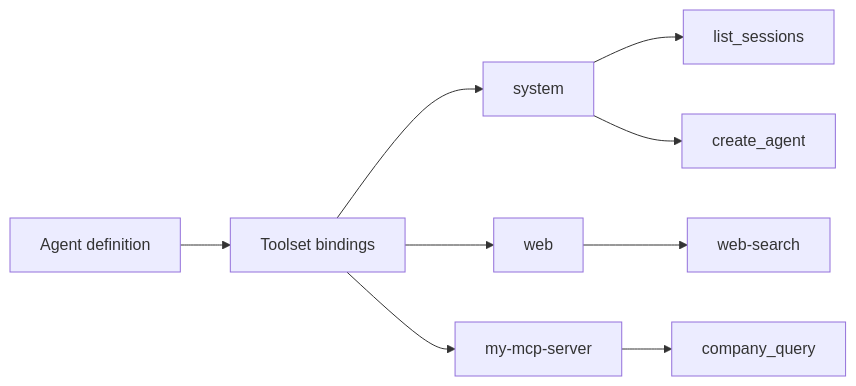
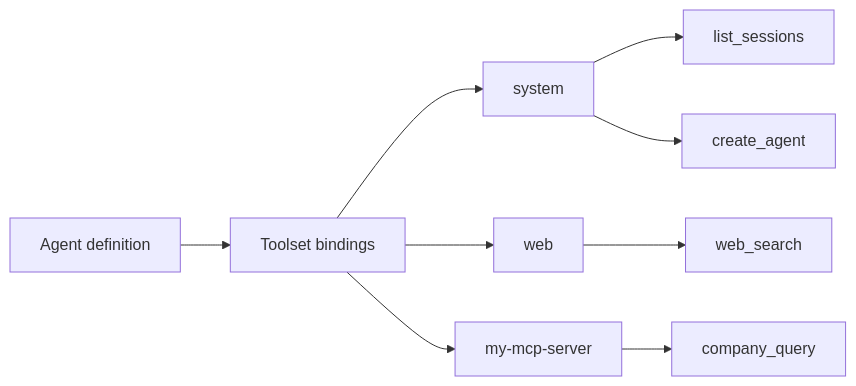
Before and after one commit to primerhq/primer: the diagram in primer/user_docs/features/toolsets-system.md, drawn with Mermaid. The commit also changed other lines of this file and 29 other files, not shown here.

````diff
--- a/primer/user_docs/features/toolsets-system.md
+++ b/primer/user_docs/features/toolsets-system.md
@@ -23,12 +23,12 @@
 ```mermaid
 flowchart LR
     Agent[Agent definition]
     Agent --> Bindings[Toolset bindings]
     Bindings --> SystemTS[system]
     Bindings --> WebTS[web]
     Bindings --> MCPTS[my-mcp-server]
     SystemTS --> T1[list_sessions]
     SystemTS --> T2[create_agent]
-    WebTS --> T3[web-search]
+    WebTS --> T3[web_search]
     MCPTS --> T4[company_query]
 ```
````
